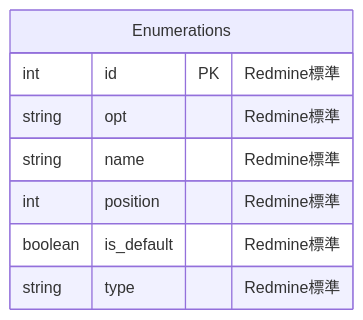
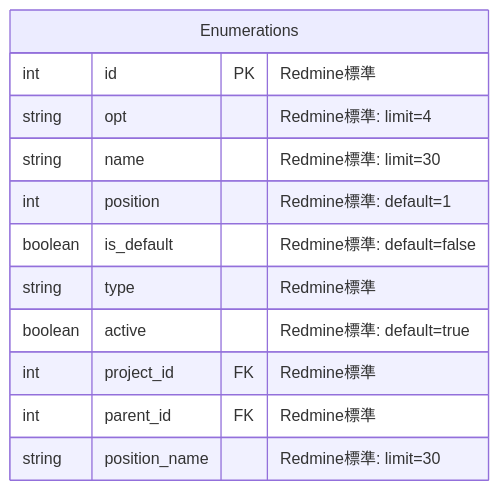
The seventh of 15 diagrams in docs/030000_設計/035000_データ設計/035010_ER図.md (daichiTAAA/AgentOpsPlatform), drawn with Mermaid before and after one commit. The commit also changed other lines of this file, not shown here.

````diff
--- a/docs/030000_設計/035000_データ設計/035010_ER図.md
+++ b/docs/030000_設計/035000_データ設計/035010_ER図.md
@@ -492,11 +490,15 @@
 ```mermaid
 erDiagram
     Enumerations {
         int id PK "Redmine標準"
-        string opt "Redmine標準"
-        string name "Redmine標準"
-        int position "Redmine標準"
-        boolean is_default "Redmine標準"
+        string opt "Redmine標準: limit=4"
+        string name "Redmine標準: limit=30"
+        int position "Redmine標準: default=1"
+        boolean is_default "Redmine標準: default=false"
         string type "Redmine標準"
+        boolean active "Redmine標準: default=true"
+        int project_id FK "Redmine標準"
+        int parent_id FK "Redmine標準"
+        string position_name "Redmine標準: limit=30"
     }
 ```
````
